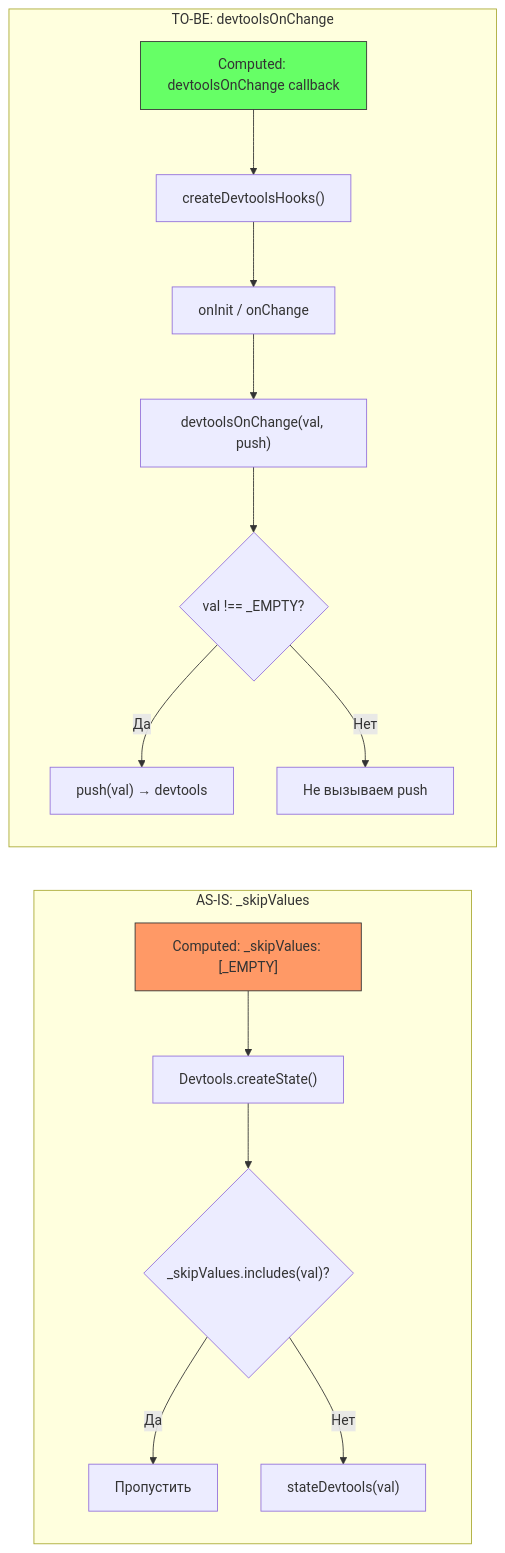
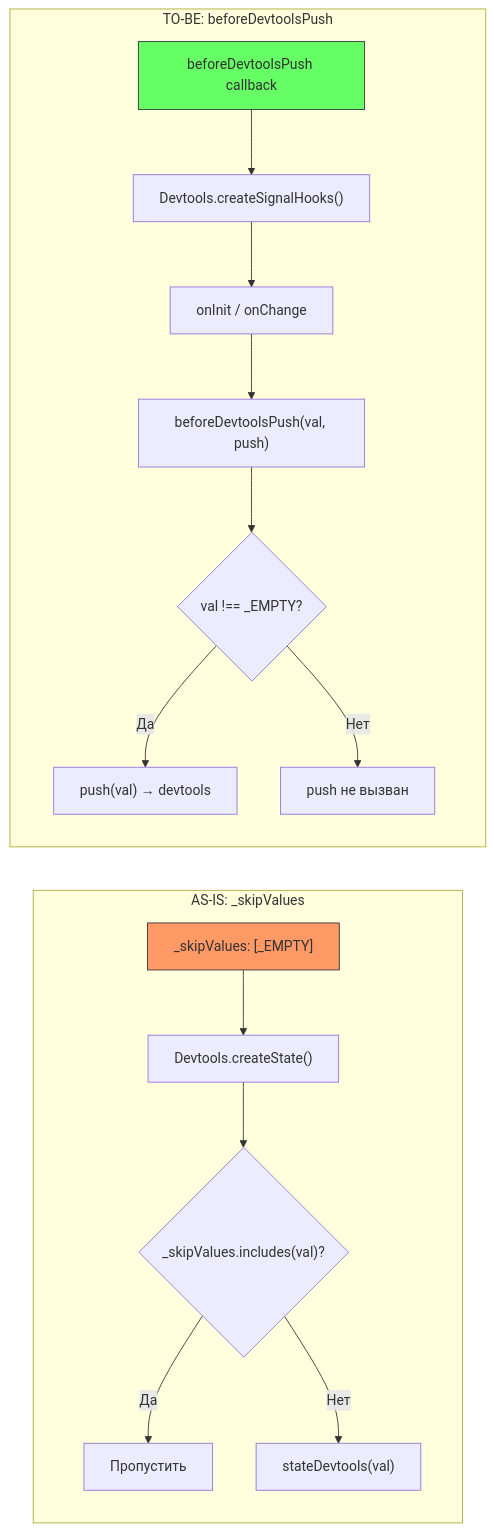
Before and after one commit to fozy-labs/rx-toolkit: the eighth of 11 diagrams in .thoughts/2026-03-11_signal-devtools-lifecycle/02-design/02-dataflow.md, drawn with Mermaid. The commit also changed other lines of this file and 9 other files, not shown here.

Commit message:
thoughts: add design for signal devtools lifecycle hooks

````diff
--- a/.thoughts/2026-03-11_signal-devtools-lifecycle/02-design/02-dataflow.md
+++ b/.thoughts/2026-03-11_signal-devtools-lifecycle/02-design/02-dataflow.md
@@ -289,21 +271,21 @@
 ```mermaid
 graph LR
     subgraph "AS-IS: _skipValues"
-        A1["Computed: _skipValues: [_EMPTY]"] --> A2["Devtools.createState()"]
+        A1["_skipValues: [_EMPTY]"] --> A2["Devtools.createState()"]
         A2 --> A3{"_skipValues.includes(val)?"}
         A3 -->|Да| A4["Пропустить"]
         A3 -->|Нет| A5["stateDevtools(val)"]
     end
 
-    subgraph "TO-BE: devtoolsOnChange"
-        B1["Computed: devtoolsOnChange callback"] --> B2["createDevtoolsHooks()"]
+    subgraph "TO-BE: beforeDevtoolsPush"
+        B1["beforeDevtoolsPush callback"] --> B2["Devtools.createSignalHooks()"]
         B2 --> B3["onInit / onChange"]
-        B3 --> B4["devtoolsOnChange(val, push)"]
+        B3 --> B4["beforeDevtoolsPush(val, push)"]
         B4 --> B5{"val !== _EMPTY?"}
         B5 -->|Да| B6["push(val) → devtools"]
-        B5 -->|Нет| B7["Не вызываем push"]
+        B5 -->|Нет| B7["push не вызван"]
     end
 
     style A1 fill:#f96,stroke:#333
     style B1 fill:#6f6,stroke:#333
 ```
````
